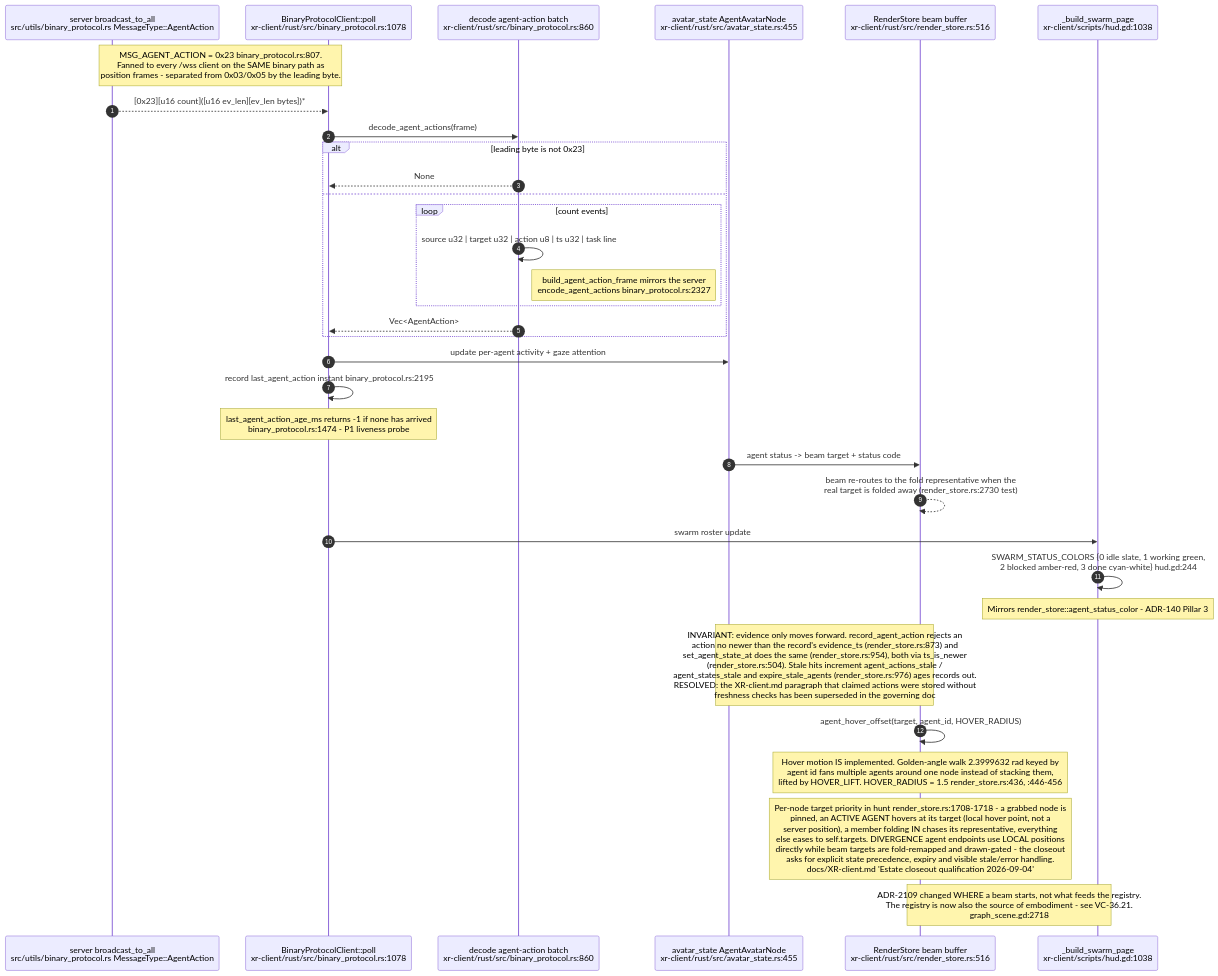
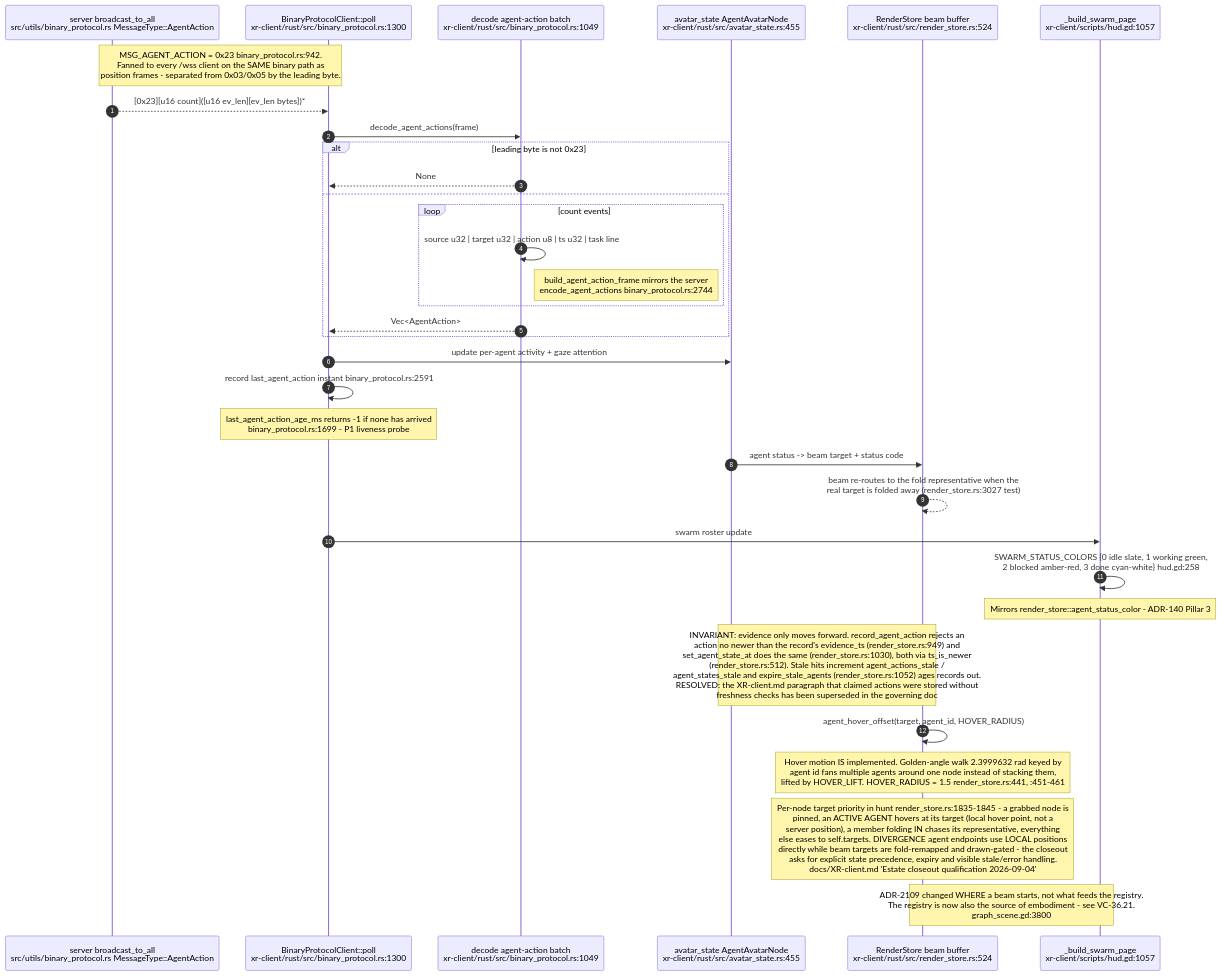
Before and after one commit to DreamLab-AI/VisionFlow: the ninth of 27 diagrams in docs/diagrams/visionclaw/36-godot-xr-client.md, drawn with Mermaid. The commit also changed other lines of this file and 173 other files, not shown here.

````diff
--- a/docs/diagrams/visionclaw/36-godot-xr-client.md
+++ b/docs/diagrams/visionclaw/36-godot-xr-client.md
@@ -492,36 +504,36 @@
 ```mermaid
 sequenceDiagram
     autonumber
     participant SV as server broadcast_to_all<br/>src/utils/binary_protocol.rs MessageType::AgentAction
-    participant BP as BinaryProtocolClient::poll<br/>xr-client/rust/src/binary_protocol.rs:1078
-    participant DA as decode agent-action batch<br/>xr-client/rust/src/binary_protocol.rs:860
+    participant BP as BinaryProtocolClient::poll<br/>xr-client/rust/src/binary_protocol.rs:1300
+    participant DA as decode agent-action batch<br/>xr-client/rust/src/binary_protocol.rs:1049
     participant AS as avatar_state AgentAvatarNode<br/>xr-client/rust/src/avatar_state.rs:455
-    participant RS as RenderStore beam buffer<br/>xr-client/rust/src/render_store.rs:516
-    participant HD as _build_swarm_page<br/>xr-client/scripts/hud.gd:1038
+    participant RS as RenderStore beam buffer<br/>xr-client/rust/src/render_store.rs:524
+    participant HD as _build_swarm_page<br/>xr-client/scripts/hud.gd:1057
 
-    Note over SV,BP: MSG_AGENT_ACTION = 0x23 binary_protocol.rs:807.<br/>Fanned to every /wss client on the SAME binary path as<br/>position frames - separated from 0x03/0x05 by the leading byte.
+    Note over SV,BP: MSG_AGENT_ACTION = 0x23 binary_protocol.rs:942.<br/>Fanned to every /wss client on the SAME binary path as<br/>position frames - separated from 0x03/0x05 by the leading byte.
     SV-->>BP: [0x23][u16 count]([u16 ev_len][ev_len bytes])*
     BP->>DA: decode_agent_actions(frame)
     alt leading byte is not 0x23
         DA-->>BP: None
     else
         loop count events
             DA->>DA: source u32 | target u32 | action u8 | ts u32 | task line
-            Note right of DA: build_agent_action_frame mirrors the server<br/>encode_agent_actions binary_protocol.rs:2327
+            Note right of DA: build_agent_action_frame mirrors the server<br/>encode_agent_actions binary_protocol.rs:2744
         end
         DA-->>BP: Vec<AgentAction>
     end
     BP->>AS: update per-agent activity + gaze attention
-    BP->>BP: record last_agent_action instant binary_protocol.rs:2195
-    Note over BP: last_agent_action_age_ms returns -1 if none has arrived<br/>binary_protocol.rs:1474 - P1 liveness probe
+    BP->>BP: record last_agent_action instant binary_protocol.rs:2591
+    Note over BP: last_agent_action_age_ms returns -1 if none has arrived<br/>binary_protocol.rs:1699 - P1 liveness probe
     AS->>RS: agent status -> beam target + status code
-    RS-->>RS: beam re-routes to the fold representative when the<br/>real target is folded away (render_store.rs:2730 test)
+    RS-->>RS: beam re-routes to the fold representative when the<br/>real target is folded away (render_store.rs:3027 test)
     BP->>HD: swarm roster update
-    HD->>HD: SWARM_STATUS_COLORS {0 idle slate, 1 working green,<br/>2 blocked amber-red, 3 done cyan-white} hud.gd:244
+    HD->>HD: SWARM_STATUS_COLORS {0 idle slate, 1 working green,<br/>2 blocked amber-red, 3 done cyan-white} hud.gd:258
     Note over HD: Mirrors render_store::agent_status_color - ADR-140 Pillar 3
-    Note over AS,RS: INVARIANT: evidence only moves forward. record_agent_action rejects an<br/>action no newer than the record's evidence_ts (render_store.rs:873) and<br/>set_agent_state_at does the same (render_store.rs:954), both via ts_is_newer<br/>(render_store.rs:504). Stale hits increment agent_actions_stale /<br/>agent_states_stale and expire_stale_agents (render_store.rs:976) ages records out.<br/>RESOLVED: the XR-client.md paragraph that claimed actions were stored without<br/>freshness checks has been superseded in the governing doc
+    Note over AS,RS: INVARIANT: evidence only moves forward. record_agent_action rejects an<br/>action no newer than the record's evidence_ts (render_store.rs:949) and<br/>set_agent_state_at does the same (render_store.rs:1030), both via ts_is_newer<br/>(render_store.rs:512). Stale hits increment agent_actions_stale /<br/>agent_states_stale and expire_stale_agents (render_store.rs:1052) ages records out.<br/>RESOLVED: the XR-client.md paragraph that claimed actions were stored without<br/>freshness checks has been superseded in the governing doc
     RS->>RS: agent_hover_offset(target, agent_id, HOVER_RADIUS)
-    Note over RS: Hover motion IS implemented. Golden-angle walk 2.3999632 rad keyed by<br/>agent id fans multiple agents around one node instead of stacking them,<br/>lifted by HOVER_LIFT. HOVER_RADIUS = 1.5 render_store.rs:436, :446-456
-    Note over RS: Per-node target priority in hunt render_store.rs:1708-1718 - a grabbed node is<br/>pinned, an ACTIVE AGENT hovers at its target (local hover point, not a<br/>server position), a member folding IN chases its representative, everything<br/>else eases to self.targets. DIVERGENCE agent endpoints use LOCAL positions<br/>directly while beam targets are fold-remapped and drawn-gated - the closeout<br/>asks for explicit state precedence, expiry and visible stale/error handling.<br/>docs/XR-client.md 'Estate closeout qualification 2026-09-04'
-    Note over RS,HD: ADR-2109 changed WHERE a beam starts, not what feeds the registry.<br/>The registry is now also the source of embodiment - see VC-36.21.<br/>graph_scene.gd:2718
+    Note over RS: Hover motion IS implemented. Golden-angle walk 2.3999632 rad keyed by<br/>agent id fans multiple agents around one node instead of stacking them,<br/>lifted by HOVER_LIFT. HOVER_RADIUS = 1.5 render_store.rs:441, :451-461
+    Note over RS: Per-node target priority in hunt render_store.rs:1835-1845 - a grabbed node is<br/>pinned, an ACTIVE AGENT hovers at its target (local hover point, not a<br/>server position), a member folding IN chases its representative, everything<br/>else eases to self.targets. DIVERGENCE agent endpoints use LOCAL positions<br/>directly while beam targets are fold-remapped and drawn-gated - the closeout<br/>asks for explicit state precedence, expiry and visible stale/error handling.<br/>docs/XR-client.md 'Estate closeout qualification 2026-09-04'
+    Note over RS,HD: ADR-2109 changed WHERE a beam starts, not what feeds the registry.<br/>The registry is now also the source of embodiment - see VC-36.21.<br/>graph_scene.gd:3800
 ```
````
